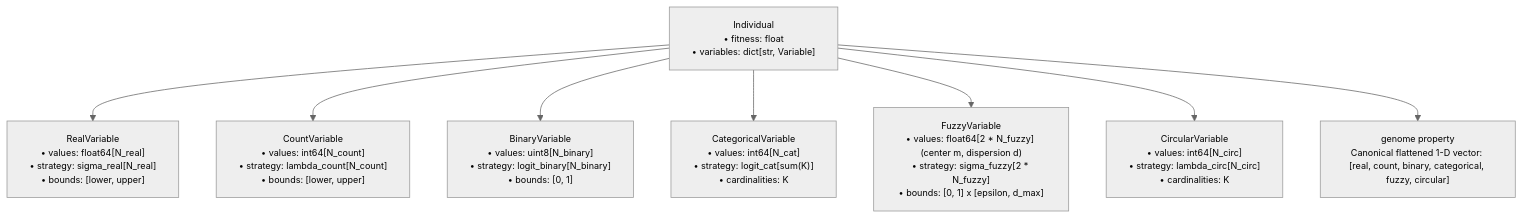
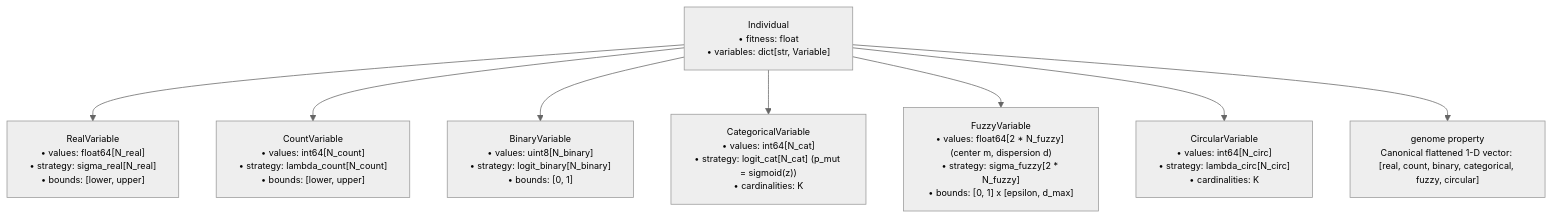
Before and after one commit to Bejmo/generalized-es: the second of 4 diagrams in docs/architecture.md, drawn with Mermaid. The commit also changed other lines of this file and 1 other file, not shown here.

Commit message:
docs: sync architecture and readme with exp3 baselines

````diff
--- a/docs/architecture.md
+++ b/docs/architecture.md
@@ -43,14 +43,14 @@
 ```mermaid
 %%{init: {'theme': 'neutral', 'themeVariables': { 'fontSize': '12px', 'nodePadding': '6' }}}%%
 flowchart TD
     Ind["Individual<br/>• fitness: float<br/>• variables: dict[str, Variable]"]
     
     Ind --> RV["RealVariable<br/>• values: float64[N_real]<br/>• strategy: sigma_real[N_real]<br/>• bounds: [lower, upper]"]
     Ind --> CV["CountVariable<br/>• values: int64[N_count]<br/>• strategy: lambda_count[N_count]<br/>• bounds: [lower, upper]"]
     Ind --> BV["BinaryVariable<br/>• values: uint8[N_binary]<br/>• strategy: logit_binary[N_binary]<br/>• bounds: [0, 1]"]
-    Ind --> CatV["CategoricalVariable<br/>• values: int64[N_cat]<br/>• strategy: logit_cat[sum(K)]<br/>• cardinalities: K"]
+    Ind --> CatV["CategoricalVariable<br/>• values: int64[N_cat]<br/>• strategy: logit_cat[N_cat] (p_mut = sigmoid(z))<br/>• cardinalities: K"]
     Ind --> FV["FuzzyVariable<br/>• values: float64[2 * N_fuzzy] (center m, dispersion d)<br/>• strategy: sigma_fuzzy[2 * N_fuzzy]<br/>• bounds: [0, 1] x [epsilon, d_max]"]
     Ind --> CircV["CircularVariable<br/>• values: int64[N_circ]<br/>• strategy: lambda_circ[N_circ]<br/>• cardinalities: K"]
 
     Ind --> Genome["genome property<br/>Canonical flattened 1-D vector: [real, count, binary, categorical, fuzzy, circular]"]
 ```
````
